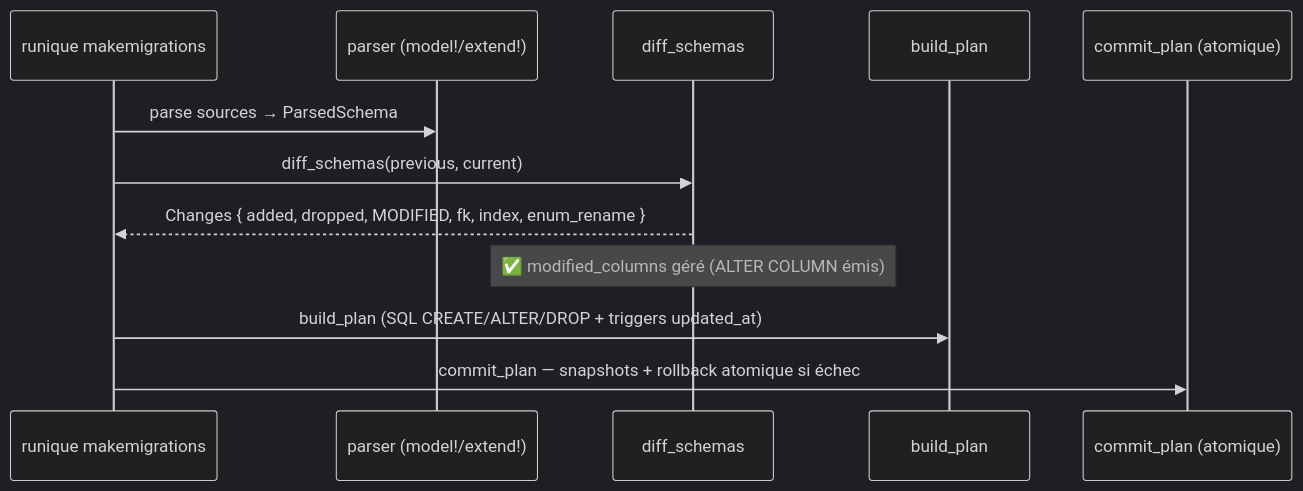
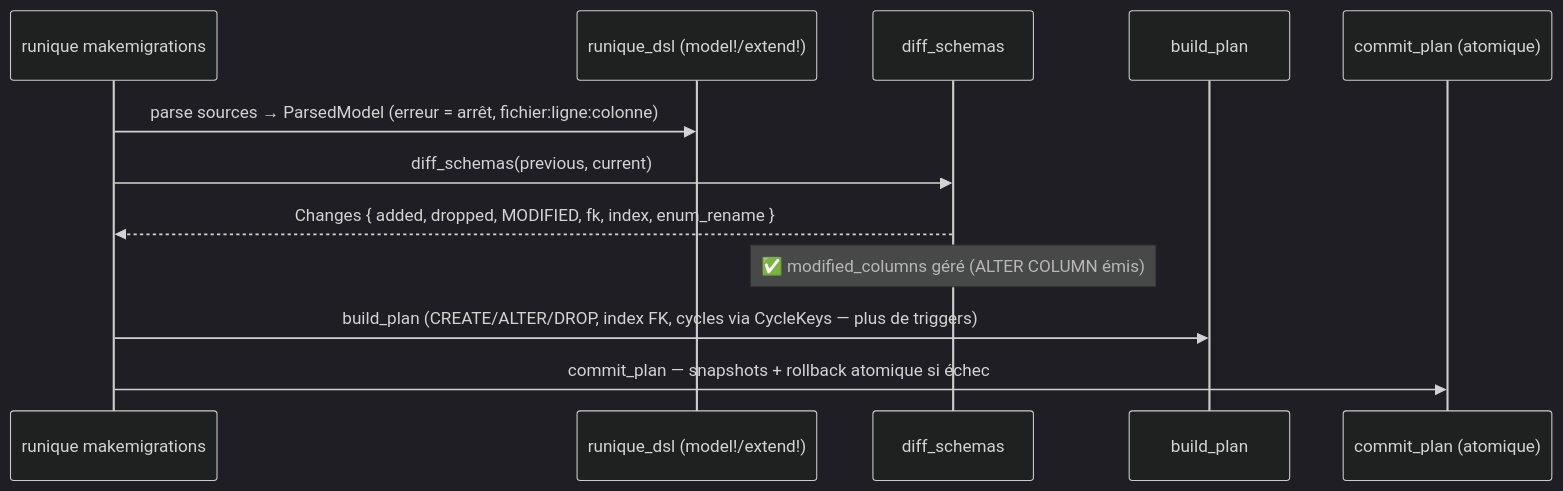
Before and after one commit to seb-alliot/runique: the third of 3 diagrams in diagramme/flux/admin-crud-reset-makemigrations.md, drawn with Mermaid (dark theme). The commit also changed other lines of this file and 93 other files, not shown here.

````diff
--- a/diagramme/flux/admin-crud-reset-makemigrations.md
+++ b/diagramme/flux/admin-crud-reset-makemigrations.md
@@ -53,15 +53,15 @@
 ```mermaid
 sequenceDiagram
     participant CLI as runique makemigrations
-    participant P as parser (model!/extend!)
+    participant P as runique_dsl (model!/extend!)
     participant DS as diff_schemas
     participant PL as build_plan
     participant CM as commit_plan (atomique)
 
-    CLI->>P: parse sources → ParsedSchema
+    CLI->>P: parse sources → ParsedModel (erreur = arrêt, fichier:ligne:colonne)
     CLI->>DS: diff_schemas(previous, current)
     DS-->>CLI: Changes { added, dropped, MODIFIED, fk, index, enum_rename }
     Note over DS: ✅ modified_columns géré (ALTER COLUMN émis)
-    CLI->>PL: build_plan (SQL CREATE/ALTER/DROP + triggers updated_at)
+    CLI->>PL: build_plan (CREATE/ALTER/DROP, index FK, cycles via CycleKeys — plus de triggers)
     CLI->>CM: commit_plan — snapshots + rollback atomique si échec
 ```
````
